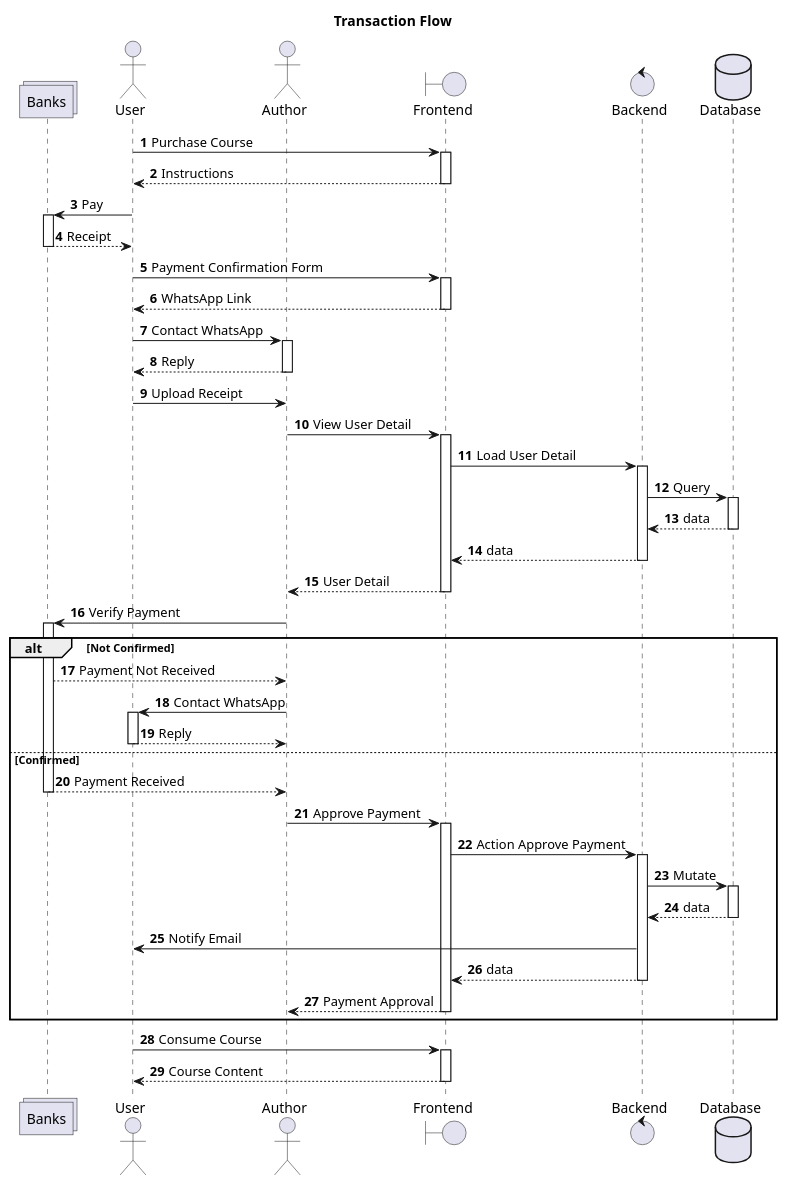
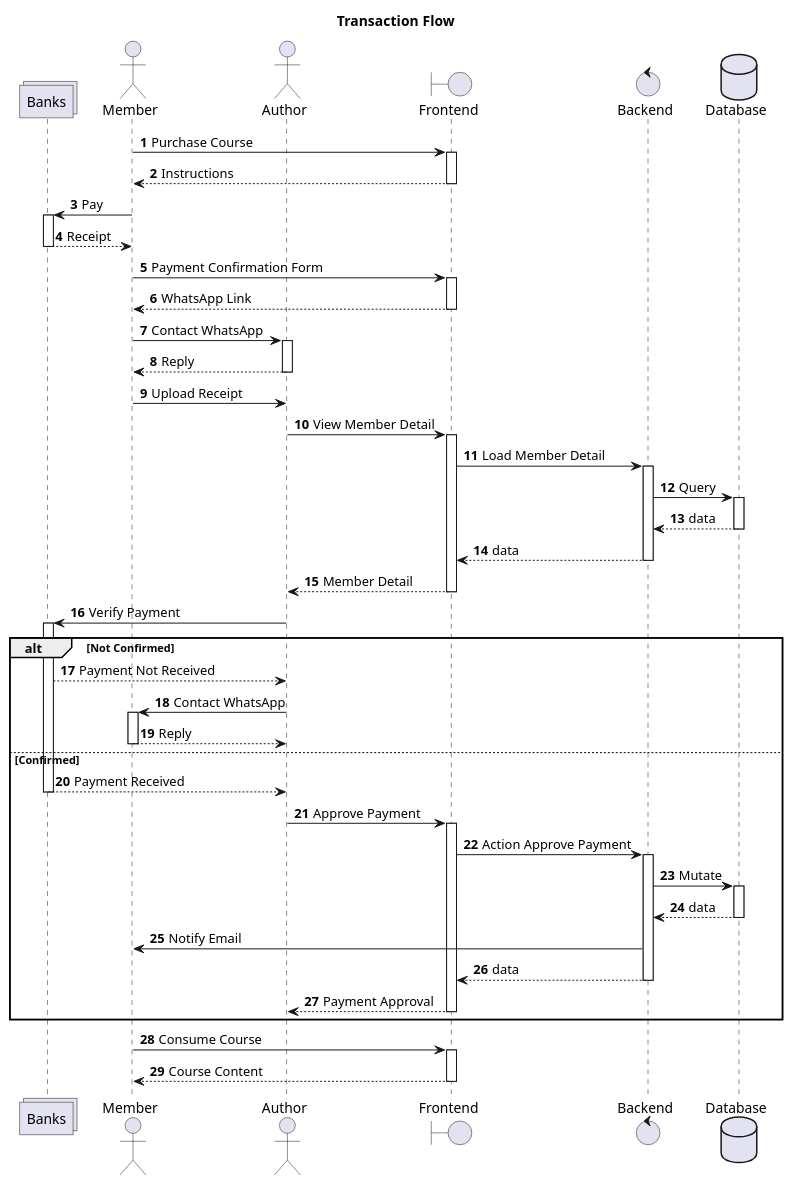
Before and after one commit to zainfathoni/kelas.rumahberbagi.com: the diagram in docs/diagrams/transaction-flow.puml, drawn with PlantUML.

Commit message:
docs: rename `User` to `Member` in Transaction Flow diagram

```diff
--- a/docs/diagrams/transaction-flow.puml
+++ b/docs/diagrams/transaction-flow.puml
@@ -1,60 +1,60 @@
 @startuml "Transaction Flow"
 title "Transaction Flow"
 
 collections Banks
-actor User
+actor Member
 actor Author
 boundary Frontend as FE
 control Backend as BE
 database Database as DB
 
 autonumber
 autoactivate on
 
-User -> FE: Purchase Course
+Member -> FE: Purchase Course
 return Instructions
-User -> Banks: Pay
+Member -> Banks: Pay
 return Receipt
-User -> FE: Payment Confirmation Form
+Member -> FE: Payment Confirmation Form
 return WhatsApp Link
-User -> Author: Contact WhatsApp
+Member -> Author: Contact WhatsApp
 return Reply
 
 autoactivate off
-User -> Author: Upload Receipt
+Member -> Author: Upload Receipt
 autoactivate on
 
-Author -> FE: View User Detail
-FE -> BE: Load User Detail
+Author -> FE: View Member Detail
+FE -> BE: Load Member Detail
 BE -> DB: Query
 return data
 return data
-return User Detail
+return Member Detail
 
 Author -> Banks: Verify Payment
 
 autoactivate off
 
 alt Not Confirmed
   Banks --> Author: Payment Not Received
   autoactivate on
-  Author -> User: Contact WhatsApp
+  Author -> Member: Contact WhatsApp
   return Reply
 else Confirmed
   return Payment Received
   Author -> FE: Approve Payment
   FE -> BE: Action Approve Payment
   BE -> DB: Mutate
   return data
 
   autoactivate off
-  BE -> User: Notify Email
+  BE -> Member: Notify Email
   autoactivate on
 
   return data
   return Payment Approval
 end
 
-User -> FE: Consume Course
+Member -> FE: Consume Course
 return Course Content
 @enduml
```
